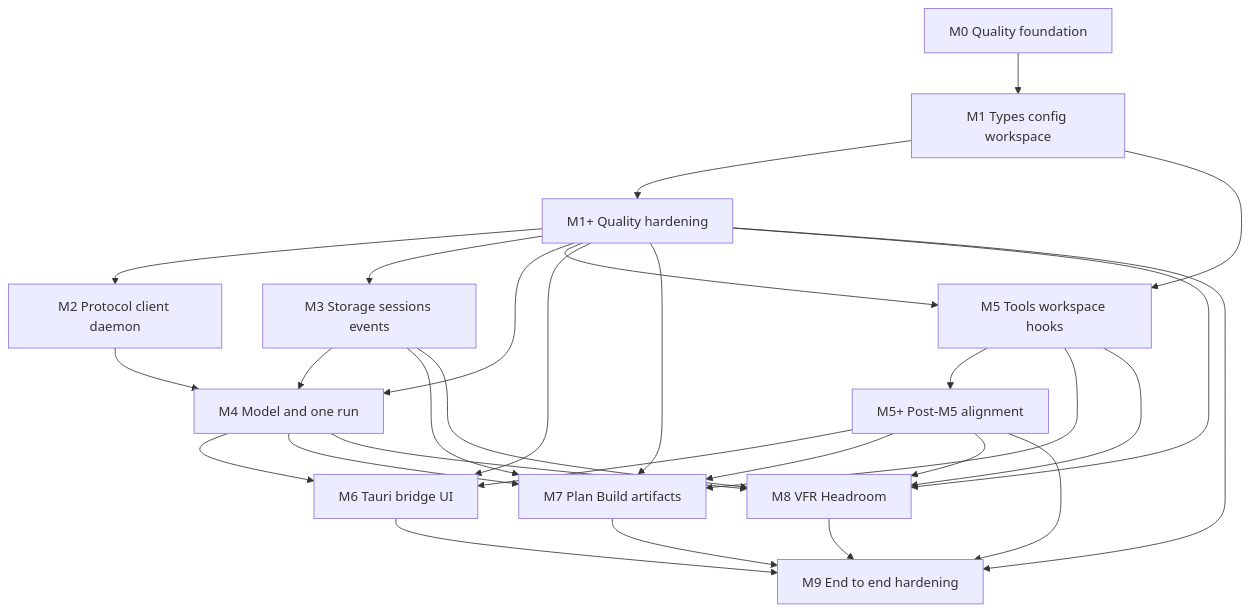
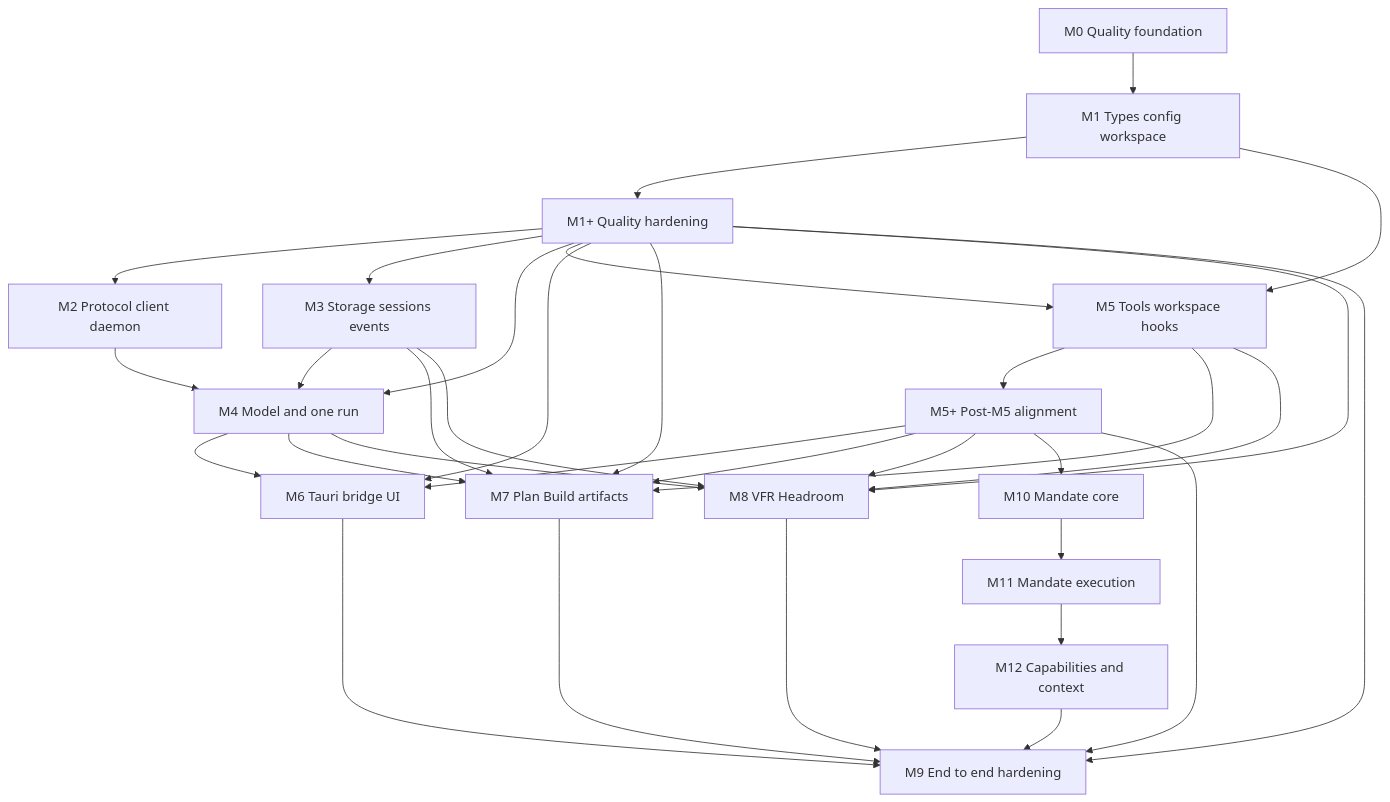
The first of 2 diagrams in docs/intention-relay/architecture/11-implementation-roadmap.md (y0tsy/intention-relay), drawn with Mermaid before and after one commit. The commit also changed other lines of this file and 201 other files, not shown here.

````diff
--- a/docs/intention-relay/architecture/11-implementation-roadmap.md
+++ b/docs/intention-relay/architecture/11-implementation-roadmap.md
@@ -11,31 +11,35 @@
 ```mermaid
 flowchart TD
   Q[M0 Quality foundation] --> A[M1 Types config workspace]
   A --> P[M1+ Quality hardening]
   P --> B[M2 Protocol client daemon]
   P --> C[M3 Storage sessions events]
   P --> D[M4 Model and one run]
   P --> E[M5 Tools workspace hooks]
   E --> K[M5+ Post-M5 alignment]
   K --> F[M6 Tauri bridge UI]
   K --> G[M7 Plan Build artifacts]
   K --> H[M8 VFR Headroom]
+  K --> J[M10 Mandate core]
+  J --> M[M11 Mandate execution]
+  M --> N[M12 Capabilities and context]
   K --> I[M9 End to end hardening]
   P --> F[M6 Tauri bridge UI]
   P --> G[M7 Plan Build artifacts]
   P --> H[M8 VFR Headroom]
   P --> I[M9 End to end hardening]
   B --> D
   C --> D
   A --> E
   D --> F
   E --> G
   C --> G
   D --> G
   E --> H
   C --> H
   D --> H
   F --> I
   G --> I
   H --> I
+  N --> I
 ```
````
